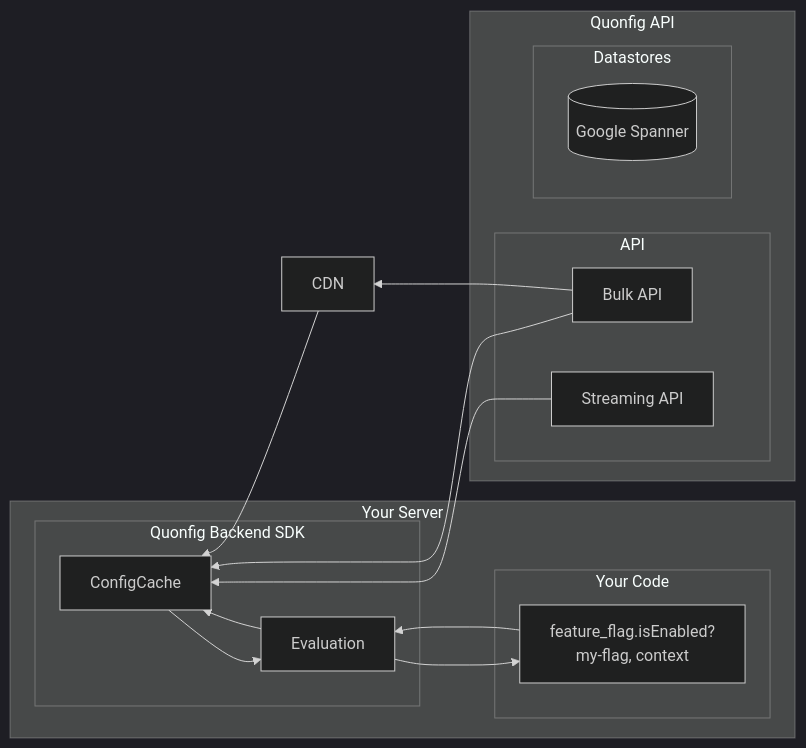
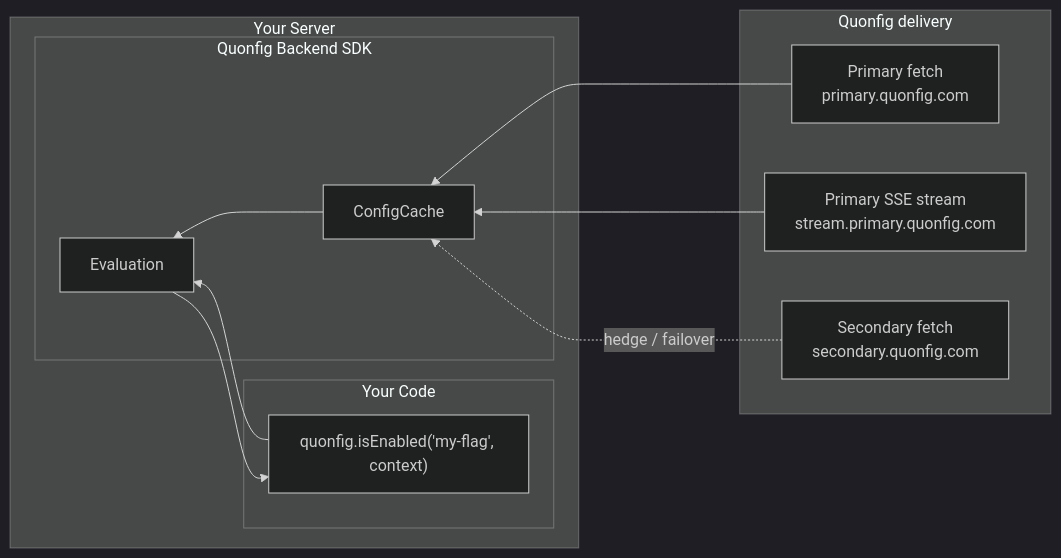
The diagram in docs/explanations/concepts/backend-sdks.md (quonfig/docs), drawn with Mermaid (dark theme) before and after one commit. The commit also changed other lines of this file, not shown here.

Commit message:
docs(backend-sdks): replace Prefab Spanner/CDN/Bulk API diagram with primary/stream/secondary delivery

````diff
--- a/docs/explanations/concepts/backend-sdks.md
+++ b/docs/explanations/concepts/backend-sdks.md
@@ -23,35 +23,27 @@
 ```mermaid
 flowchart RL
     subgraph "Your Server"
         subgraph "Your Code"
-            code[feature_flag.isEnabled?<br> my-flag, context]
+            code["quonfig.isEnabled('my-flag', context)"]
         end
 
         subgraph "Quonfig Backend SDK"
             Evaluation
             ConfigCache
         end
 
         code --> Evaluation
     end
 
-
-    subgraph "Quonfig API"
-        subgraph "API"
-            BulkAPI["Bulk API"]
-            StreamingAPI["Streaming API"]
-        end
-
-        subgraph "Datastores"
-            GoogleSpanner[("Google Spanner")]
-        end
+    subgraph "Quonfig delivery"
+        Primary["Primary fetch<br>primary.quonfig.com"]
+        Stream["Primary SSE stream<br>stream.primary.quonfig.com"]
+        Secondary["Secondary fetch<br>secondary.quonfig.com"]
     end
 
-    BulkAPI --> CDN
-    BulkAPI --> ConfigCache
-    StreamingAPI --> ConfigCache
+    Primary --> ConfigCache
+    Stream --> ConfigCache
+    Secondary -. hedge / failover .-> ConfigCache
     Evaluation --> code
     ConfigCache --> Evaluation
-    Evaluation -->  ConfigCache
-    CDN --> ConfigCache
 ```
````
